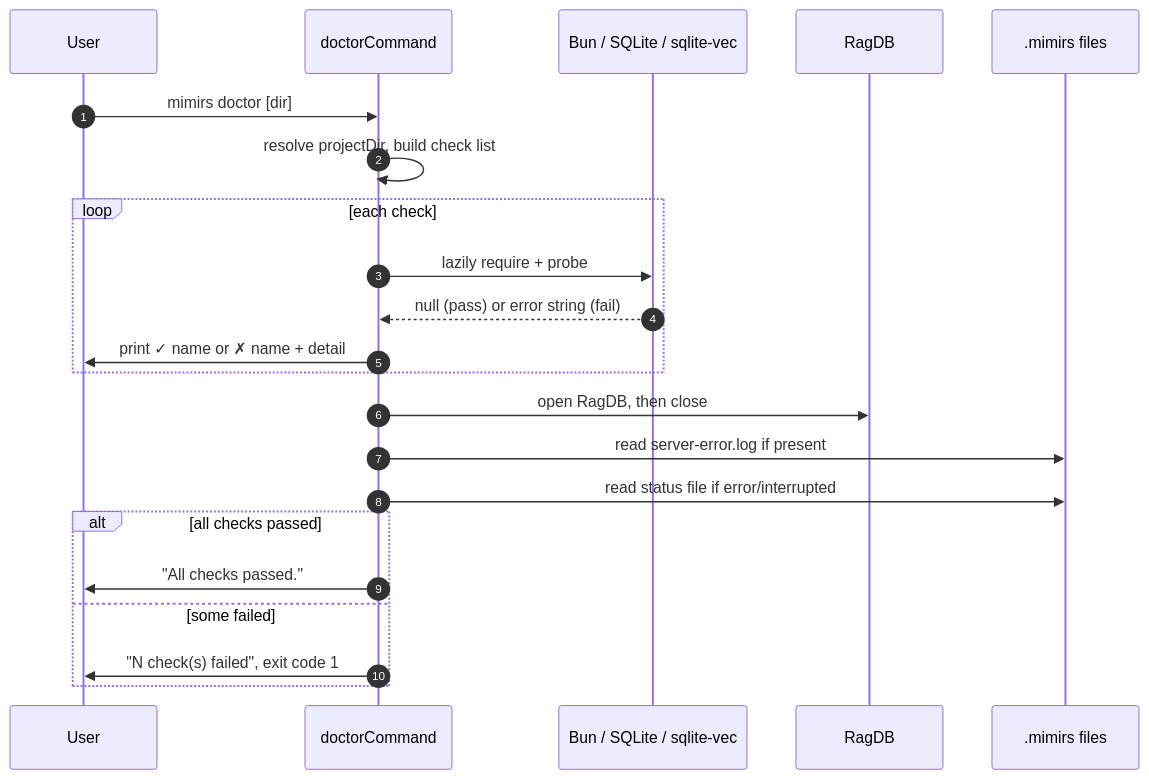
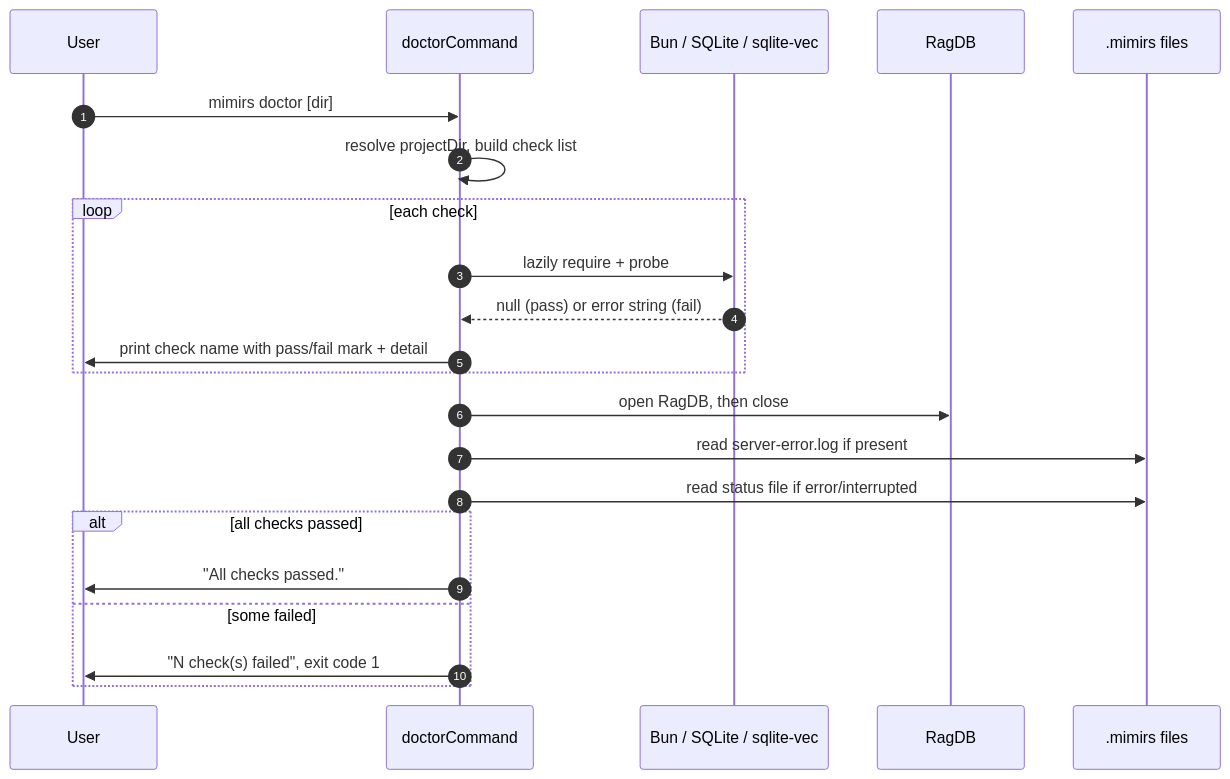
One commit to TheWinci/mimirs changed the diagram in wiki/cli/doctor.md. Above: the diagram before and after it, drawn with Mermaid. The commit also changed other lines of this file and 51 other files, not shown here.

````diff
--- a/wiki/cli/doctor.md
+++ b/wiki/cli/doctor.md
@@ -11,24 +13,24 @@
 ```mermaid
 sequenceDiagram
     autonumber
     participant User
     participant Cmd as doctorCommand
     participant Native as Bun / SQLite / sqlite-vec
     participant DB as RagDB
     participant Logs as .mimirs files
     User->>Cmd: mimirs doctor [dir]
     Cmd->>Cmd: resolve projectDir, build check list
     loop each check
         Cmd->>Native: lazily require + probe
         Native-->>Cmd: null (pass) or error string (fail)
-        Cmd->>User: print ✓ name or ✗ name + detail
+        Cmd->>User: print check name with pass/fail mark + detail
     end
     Cmd->>DB: open RagDB, then close
     Cmd->>Logs: read server-error.log if present
     Cmd->>Logs: read status file if error/interrupted
     alt all checks passed
         Cmd->>User: "All checks passed."
     else some failed
         Cmd->>User: "N check(s) failed", exit code 1
     end
 ```
````
